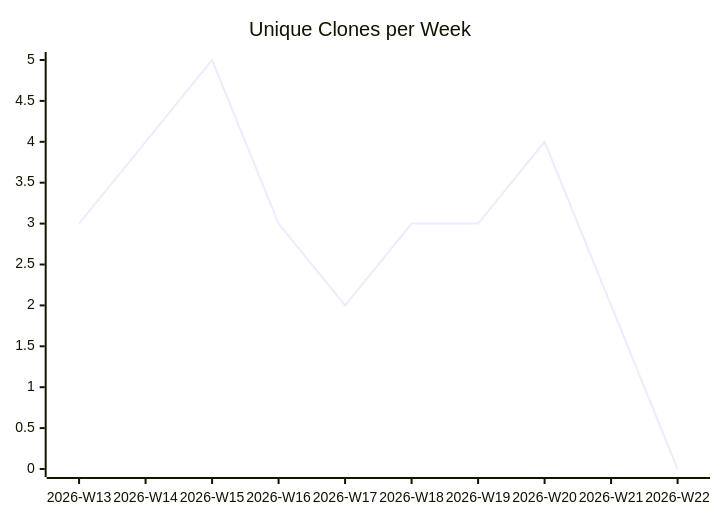
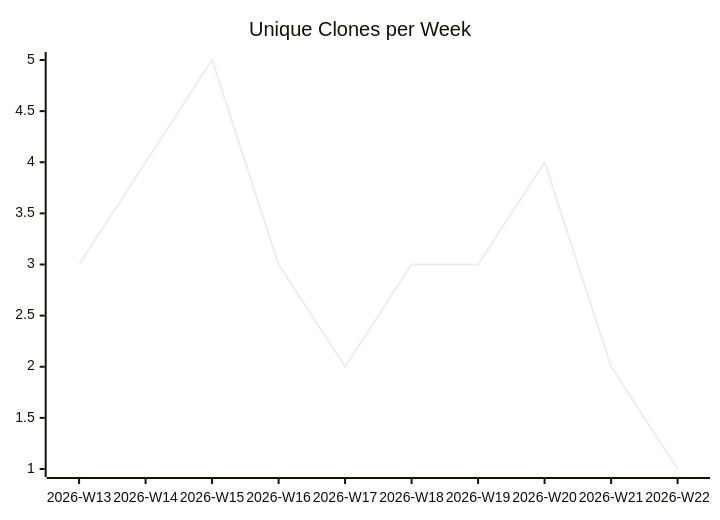
The third of 3 diagrams in karlmdavis/justdavis-karl/README.md (justdavis-family/github-analytics-data), drawn with Mermaid before and after one commit. The commit also changed other lines of this file and 190 other files, not shown here.

````diff
--- a/karlmdavis/justdavis-karl/README.md
+++ b/karlmdavis/justdavis-karl/README.md
@@ -19,6 +19,6 @@
 ```mermaid
 xychart-beta
   title "Unique Clones per Week"
   x-axis ["2026-W13", "2026-W14", "2026-W15", "2026-W16", "2026-W17", "2026-W18", "2026-W19", "2026-W20", "2026-W21", "2026-W22"]
-  line [3, 4, 5, 3, 2, 3, 3, 4, 2, 0]
+  line [3, 4, 5, 3, 2, 3, 3, 4, 2, 1]
 ```
````
